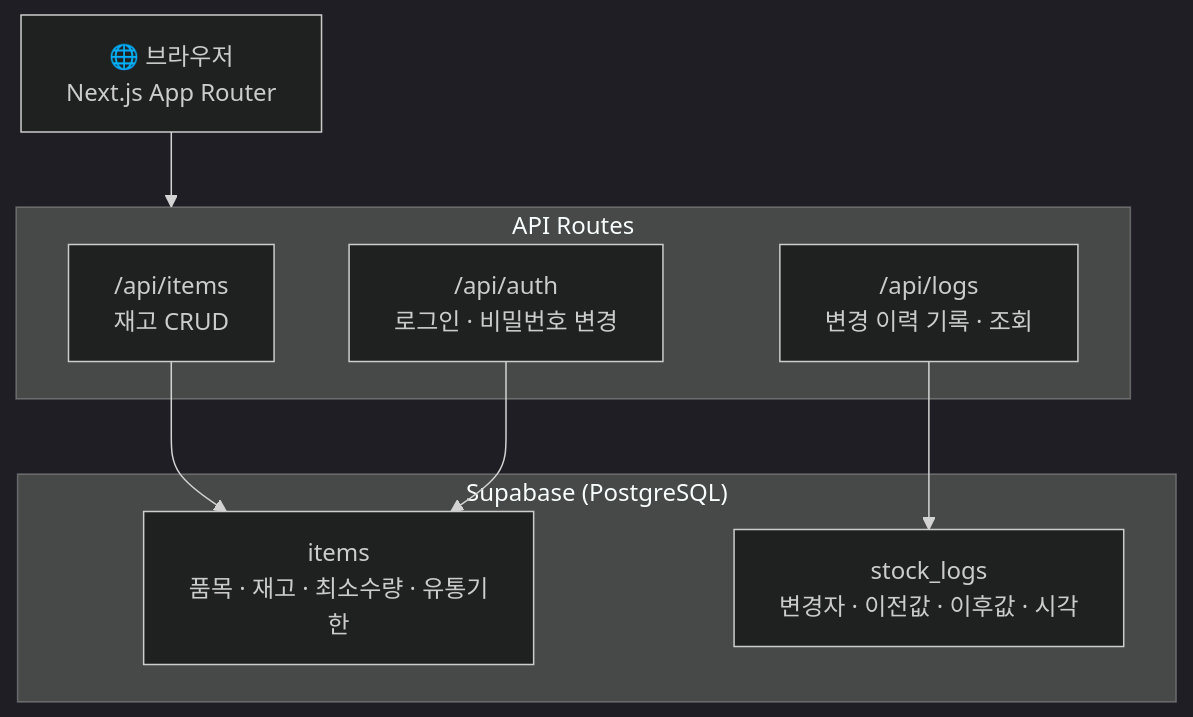
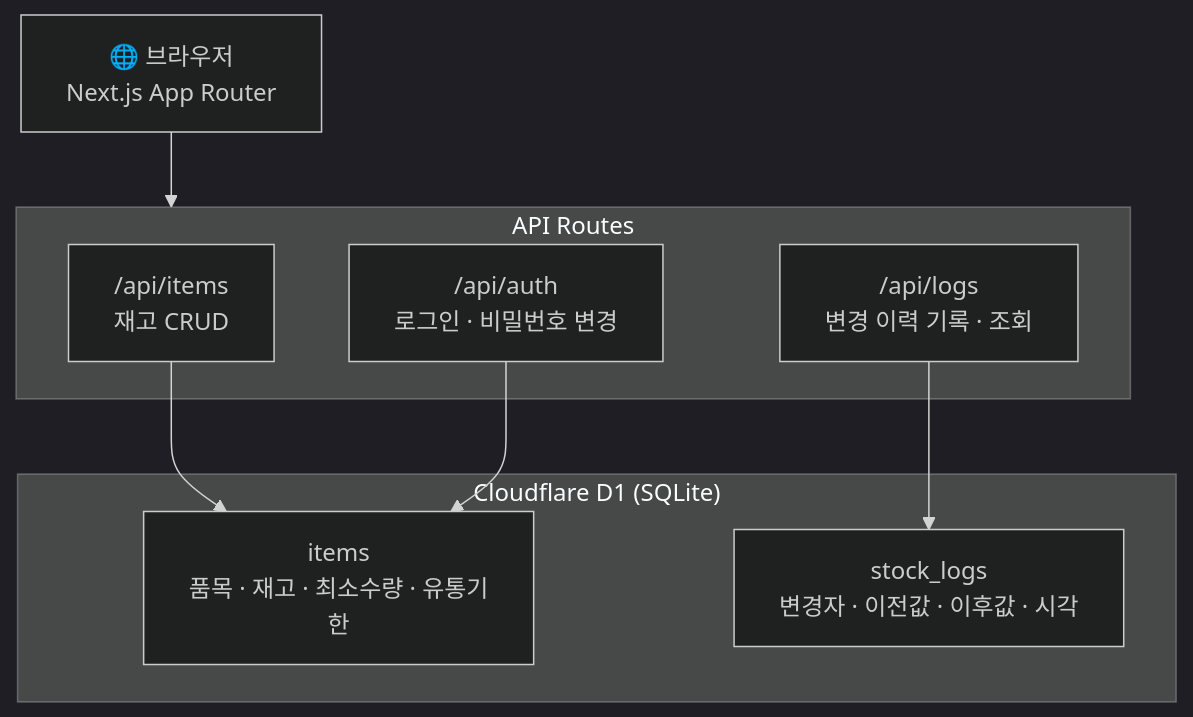
One commit to forexms78/cafe-inventory changed the second of 3 diagrams in README.md. Above: the diagram before and after it, drawn with Mermaid (dark theme). The commit also changed other lines of this file and 17 other files, not shown here.

Commit message:
feat(v2.8): DB를 Supabase에서 Cloudflare D1으로 이관 — supabase-js 제거, D1 바인딩 전환, 무손실 데이터 이전

````diff
--- a/README.md
+++ b/README.md
@@ -74,20 +75,20 @@
 ```mermaid
 flowchart TD
     Browser["🌐 브라우저\nNext.js App Router"]
 
     subgraph API["API Routes"]
         Items["/api/items\n재고 CRUD"]
         Logs["/api/logs\n변경 이력 기록 · 조회"]
         Auth["/api/auth\n로그인 · 비밀번호 변경"]
     end
 
-    subgraph DB["Supabase (PostgreSQL)"]
+    subgraph DB["Cloudflare D1 (SQLite)"]
         ItemsTable["items\n품목 · 재고 · 최소수량 · 유통기한"]
         LogsTable["stock_logs\n변경자 · 이전값 · 이후값 · 시각"]
     end
 
     Browser --> API
     Items --> ItemsTable
     Logs --> LogsTable
     Auth --> ItemsTable
 ```
````
